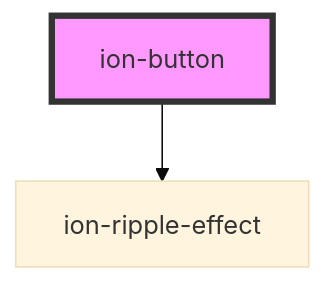
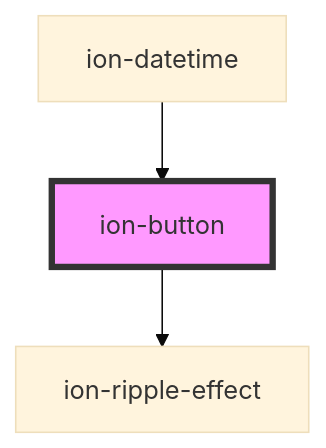
One commit to Ryu9425/ang_ionic changed the diagram in core/src/components/button/readme.md. Above: the diagram before and after it, drawn with Mermaid (base theme). The commit also changed other lines of this file and 62 other files, not shown here.

````diff
--- a/core/src/components/button/readme.md
+++ b/core/src/components/button/readme.md
@@ -373,5 +377,6 @@
 ```mermaid
 graph TD;
   ion-button --> ion-ripple-effect
+  ion-datetime --> ion-button
   style ion-button fill:#f9f,stroke:#333,stroke-width:4px
 ```
````
